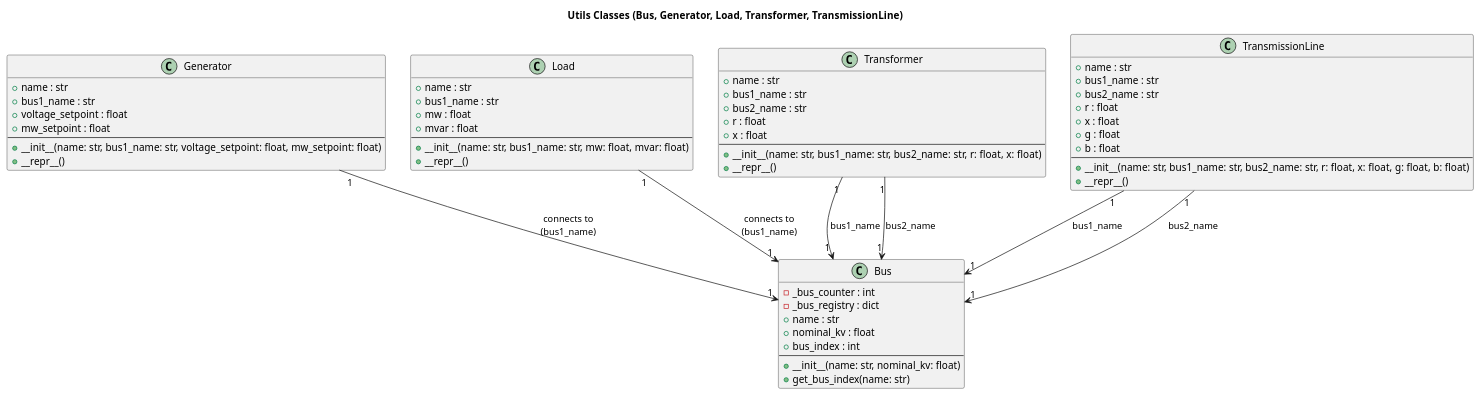
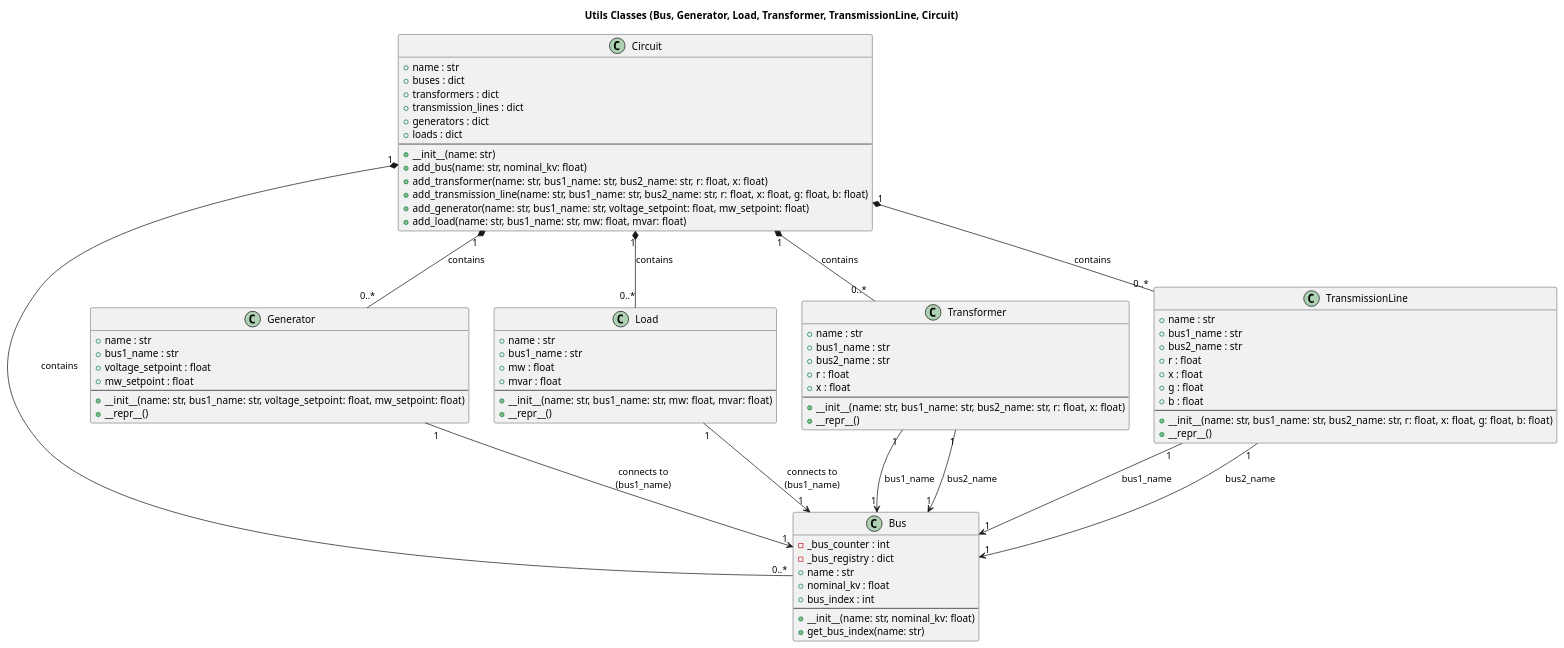
One commit to AndreGilchrist-Pitt/Project-2-Main-Simulator changed the diagram in Src/Utils/ClassDiagrams/ClassDiagrams.puml. Above: the diagram before and after it, drawn with PlantUML. The commit also changed 2 other files, not shown here.

Commit message:
Created the Circuit Class and Supporting Files

```diff
--- a/Src/Utils/ClassDiagrams/ClassDiagrams.puml
+++ b/Src/Utils/ClassDiagrams/ClassDiagrams.puml
@@ -1,66 +1,88 @@
 @startuml
-title Utils Classes (Bus, Generator, Load, Transformer, TransmissionLine)
+title Utils Classes (Bus, Generator, Load, Transformer, TransmissionLine, Circuit)
 
 class Bus {
   -_bus_counter : int
   -_bus_registry : dict
   +name : str
   +nominal_kv : float
   +bus_index : int
   --
   +__init__(name: str, nominal_kv: float)
   +get_bus_index(name: str)
 }
 
 class Generator {
   +name : str
   +bus1_name : str
   +voltage_setpoint : float
   +mw_setpoint : float
   --
   +__init__(name: str, bus1_name: str, voltage_setpoint: float, mw_setpoint: float)
   +__repr__()
 }
 
 class Load {
   +name : str
   +bus1_name : str
   +mw : float
   +mvar : float
   --
   +__init__(name: str, bus1_name: str, mw: float, mvar: float)
   +__repr__()
 }
 
 class Transformer {
   +name : str
   +bus1_name : str
   +bus2_name : str
   +r : float
   +x : float
   --
   +__init__(name: str, bus1_name: str, bus2_name: str, r: float, x: float)
   +__repr__()
 }
 
 class TransmissionLine {
   +name : str
   +bus1_name : str
   +bus2_name : str
   +r : float
   +x : float
   +g : float
   +b : float
   --
   +__init__(name: str, bus1_name: str, bus2_name: str, r: float, x: float, g: float, b: float)
   +__repr__()
 }
 
+class Circuit {
+  +name : str
+  +buses : dict
+  +transformers : dict
+  +transmission_lines : dict
+  +generators : dict
+  +loads : dict
+  --
+  +__init__(name: str)
+  +add_bus(name: str, nominal_kv: float)
+  +add_transformer(name: str, bus1_name: str, bus2_name: str, r: float, x: float)
+  +add_transmission_line(name: str, bus1_name: str, bus2_name: str, r: float, x: float, g: float, b: float)
+  +add_generator(name: str, bus1_name: str, voltage_setpoint: float, mw_setpoint: float)
+  +add_load(name: str, bus1_name: str, mw: float, mvar: float)
+}
+
+Circuit "1" *-- "0..*" Bus : contains
+Circuit "1" *-- "0..*" Transformer : contains
+Circuit "1" *-- "0..*" TransmissionLine : contains
+Circuit "1" *-- "0..*" Generator : contains
+Circuit "1" *-- "0..*" Load : contains
+
 Generator "1" --> "1" Bus : connects to\n(bus1_name)
 Load "1" --> "1" Bus : connects to\n(bus1_name)
 Transformer "1" --> "1" Bus : bus1_name
 Transformer "1" --> "1" Bus : bus2_name
 TransmissionLine "1" --> "1" Bus : bus1_name
 TransmissionLine "1" --> "1" Bus : bus2_name
 
 @enduml
```
